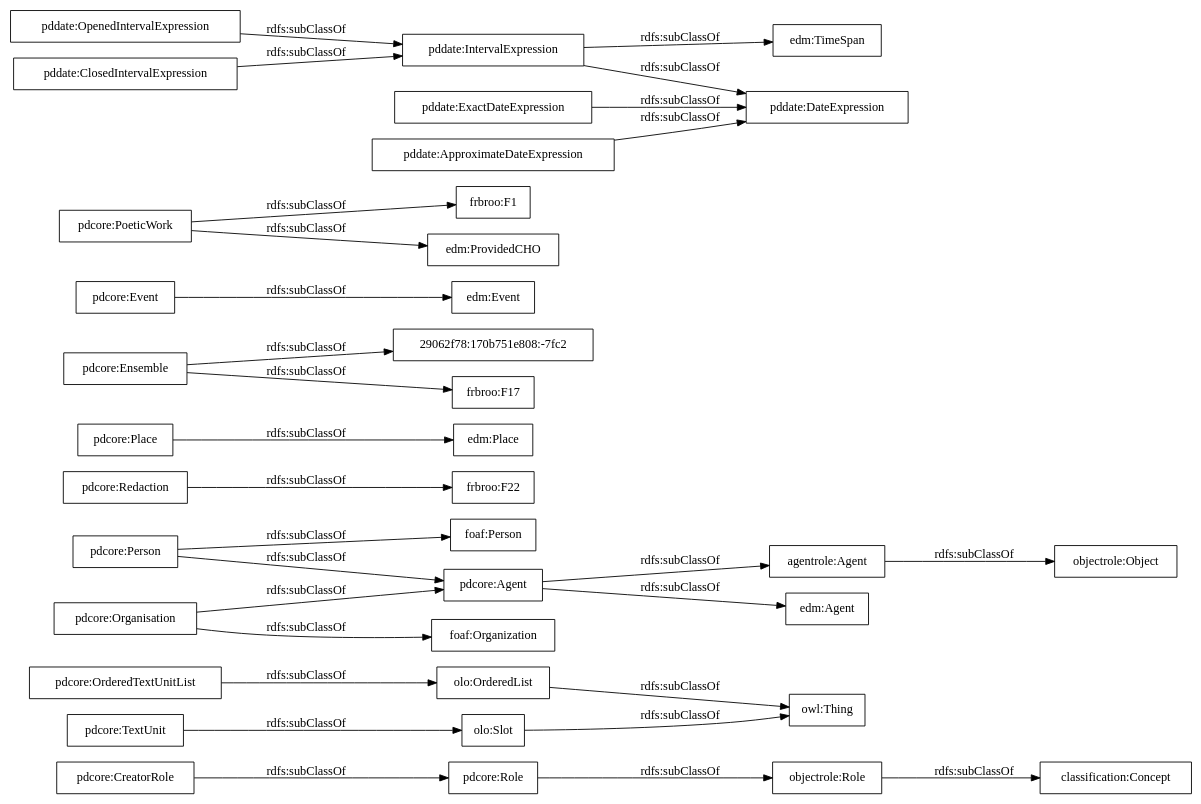
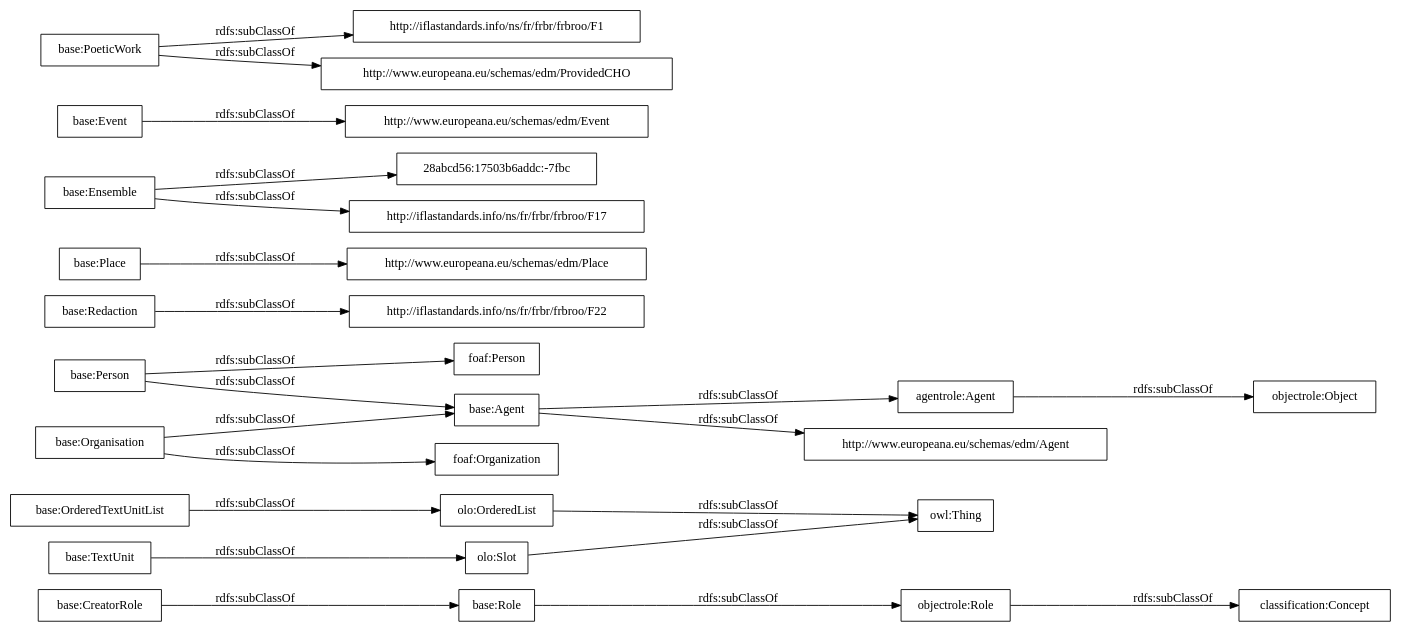
One commit to linhd-postdata/core-ontology changed the diagram in OnToology/postdata-core.owl/diagrams/ar2dtool-taxonomy/postdata-core.owl.png.dot. Above: the diagram before and after it, drawn with Graphviz. The commit also changed 308 other files, not shown here.

```diff
--- a/OnToology/postdata-core.owl/diagrams/ar2dtool-taxonomy/postdata-core.owl.png.dot
+++ b/OnToology/postdata-core.owl/diagrams/ar2dtool-taxonomy/postdata-core.owl.png.dot
@@ -1,33 +1,27 @@
 digraph ar2dtool_diagram { 
 rankdir=LR;
 size="1000"
-node [shape = rectangle, color="black"]; "pdcore:Role" "pdcore:OrderedTextUnitList" "agentrole:Agent" "frbroo:F22" "edm:Agent" "pdcore:Agent" "pdcore:CreatorRole" "pdcore:Person" "pdcore:Organisation" "edm:Place" "pdcore:Redaction" "pdcore:Ensemble" "foaf:Person" "edm:Event" "pdcore:TextUnit" "frbroo:F1" "foaf:Organization" "edm:ProvidedCHO" "pdcore:Place" "pdcore:Event" "29062f78:170b751e808:-7fc2" "pdcore:PoeticWork" "frbroo:F17" "owl:Thing" "objectrole:Role" "objectrole:Object" "olo:Slot" "olo:OrderedList" "pddate:OpenedIntervalExpression" "pddate:ClosedIntervalExpression" "pddate:IntervalExpression" "pddate:ExactDateExpression" "edm:TimeSpan" "pddate:DateExpression" "pddate:ApproximateDateExpression" "classification:Concept" ; /*classes style*/
-	"pdcore:Person" -> "foaf:Person" [ label = "rdfs:subClassOf" ];
-	"pdcore:Person" -> "pdcore:Agent" [ label = "rdfs:subClassOf" ];
+node [shape = rectangle, color="black"]; "base:Role" "base:OrderedTextUnitList" "agentrole:Agent" "http://iflastandards.info/ns/fr/frbr/frbroo/F22" "http://www.europeana.eu/schemas/edm/Agent" "base:Agent" "base:CreatorRole" "base:Person" "base:Organisation" "http://www.europeana.eu/schemas/edm/Place" "base:Redaction" "foaf:Person" "base:Ensemble" "http://www.europeana.eu/schemas/edm/Event" "base:TextUnit" "http://iflastandards.info/ns/fr/frbr/frbroo/F1" "foaf:Organization" "http://www.europeana.eu/schemas/edm/ProvidedCHO" "base:Place" "base:Event" "28abcd56:17503b6addc:-7fbc" "base:PoeticWork" "http://iflastandards.info/ns/fr/frbr/frbroo/F17" "owl:Thing" "objectrole:Role" "objectrole:Object" "olo:Slot" "olo:OrderedList" "classification:Concept" ; /*classes style*/
+	"base:Redaction" -> "http://iflastandards.info/ns/fr/frbr/frbroo/F22" [ label = "rdfs:subClassOf" ];
+	"base:Role" -> "objectrole:Role" [ label = "rdfs:subClassOf" ];
+	"base:Event" -> "http://www.europeana.eu/schemas/edm/Event" [ label = "rdfs:subClassOf" ];
+	"base:Person" -> "foaf:Person" [ label = "rdfs:subClassOf" ];
+	"base:Person" -> "base:Agent" [ label = "rdfs:subClassOf" ];
+	"olo:OrderedList" -> "owl:Thing" [ label = "rdfs:subClassOf" ];
+	"olo:Slot" -> "owl:Thing" [ label = "rdfs:subClassOf" ];
+	"base:PoeticWork" -> "http://www.europeana.eu/schemas/edm/ProvidedCHO" [ label = "rdfs:subClassOf" ];
+	"base:PoeticWork" -> "http://iflastandards.info/ns/fr/frbr/frbroo/F1" [ label = "rdfs:subClassOf" ];
+	"base:TextUnit" -> "olo:Slot" [ label = "rdfs:subClassOf" ];
 	"agentrole:Agent" -> "objectrole:Object" [ label = "rdfs:subClassOf" ];
-	"pdcore:PoeticWork" -> "edm:ProvidedCHO" [ label = "rdfs:subClassOf" ];
-	"pdcore:PoeticWork" -> "frbroo:F1" [ label = "rdfs:subClassOf" ];
+	"base:Ensemble" -> "28abcd56:17503b6addc:-7fbc" [ label = "rdfs:subClassOf" ];
+	"base:Ensemble" -> "http://iflastandards.info/ns/fr/frbr/frbroo/F17" [ label = "rdfs:subClassOf" ];
+	"base:OrderedTextUnitList" -> "olo:OrderedList" [ label = "rdfs:subClassOf" ];
+	"base:Agent" -> "agentrole:Agent" [ label = "rdfs:subClassOf" ];
+	"base:Agent" -> "http://www.europeana.eu/schemas/edm/Agent" [ label = "rdfs:subClassOf" ];
 	"objectrole:Role" -> "classification:Concept" [ label = "rdfs:subClassOf" ];
-	"pddate:ClosedIntervalExpression" -> "pddate:IntervalExpression" [ label = "rdfs:subClassOf" ];
-	"pdcore:Agent" -> "agentrole:Agent" [ label = "rdfs:subClassOf" ];
-	"pdcore:Agent" -> "edm:Agent" [ label = "rdfs:subClassOf" ];
-	"pddate:ApproximateDateExpression" -> "pddate:DateExpression" [ label = "rdfs:subClassOf" ];
-	"olo:Slot" -> "owl:Thing" [ label = "rdfs:subClassOf" ];
-	"pddate:OpenedIntervalExpression" -> "pddate:IntervalExpression" [ label = "rdfs:subClassOf" ];
-	"pdcore:Organisation" -> "foaf:Organization" [ label = "rdfs:subClassOf" ];
-	"pdcore:Organisation" -> "pdcore:Agent" [ label = "rdfs:subClassOf" ];
-	"pdcore:Ensemble" -> "29062f78:170b751e808:-7fc2" [ label = "rdfs:subClassOf" ];
-	"pdcore:Ensemble" -> "frbroo:F17" [ label = "rdfs:subClassOf" ];
-	"olo:OrderedList" -> "owl:Thing" [ label = "rdfs:subClassOf" ];
-	"pdcore:TextUnit" -> "olo:Slot" [ label = "rdfs:subClassOf" ];
-	"pdcore:Redaction" -> "frbroo:F22" [ label = "rdfs:subClassOf" ];
-	"pdcore:Place" -> "edm:Place" [ label = "rdfs:subClassOf" ];
-	"pdcore:CreatorRole" -> "pdcore:Role" [ label = "rdfs:subClassOf" ];
-	"pdcore:Role" -> "objectrole:Role" [ label = "rdfs:subClassOf" ];
-	"pddate:IntervalExpression" -> "edm:TimeSpan" [ label = "rdfs:subClassOf" ];
-	"pddate:IntervalExpression" -> "pddate:DateExpression" [ label = "rdfs:subClassOf" ];
-	"pdcore:OrderedTextUnitList" -> "olo:OrderedList" [ label = "rdfs:subClassOf" ];
-	"pddate:ExactDateExpression" -> "pddate:DateExpression" [ label = "rdfs:subClassOf" ];
-	"pdcore:Event" -> "edm:Event" [ label = "rdfs:subClassOf" ];
+	"base:Place" -> "http://www.europeana.eu/schemas/edm/Place" [ label = "rdfs:subClassOf" ];
+	"base:Organisation" -> "foaf:Organization" [ label = "rdfs:subClassOf" ];
+	"base:Organisation" -> "base:Agent" [ label = "rdfs:subClassOf" ];
+	"base:CreatorRole" -> "base:Role" [ label = "rdfs:subClassOf" ];
 
 }
```
